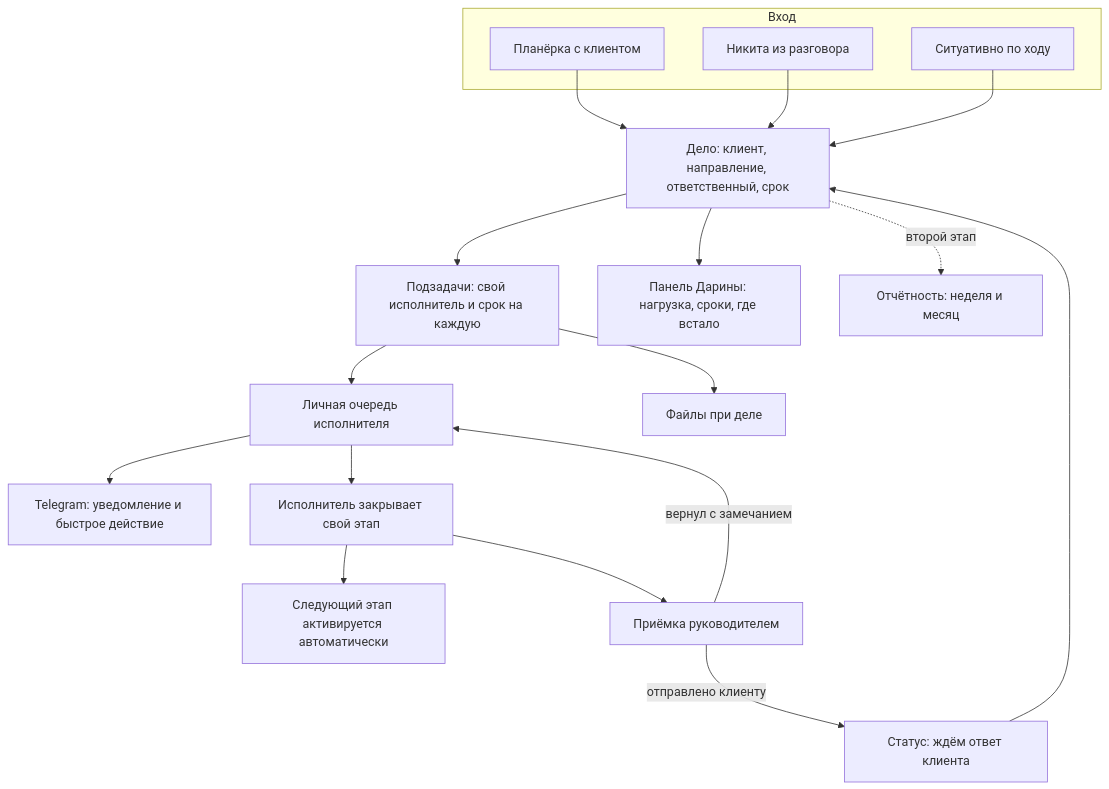
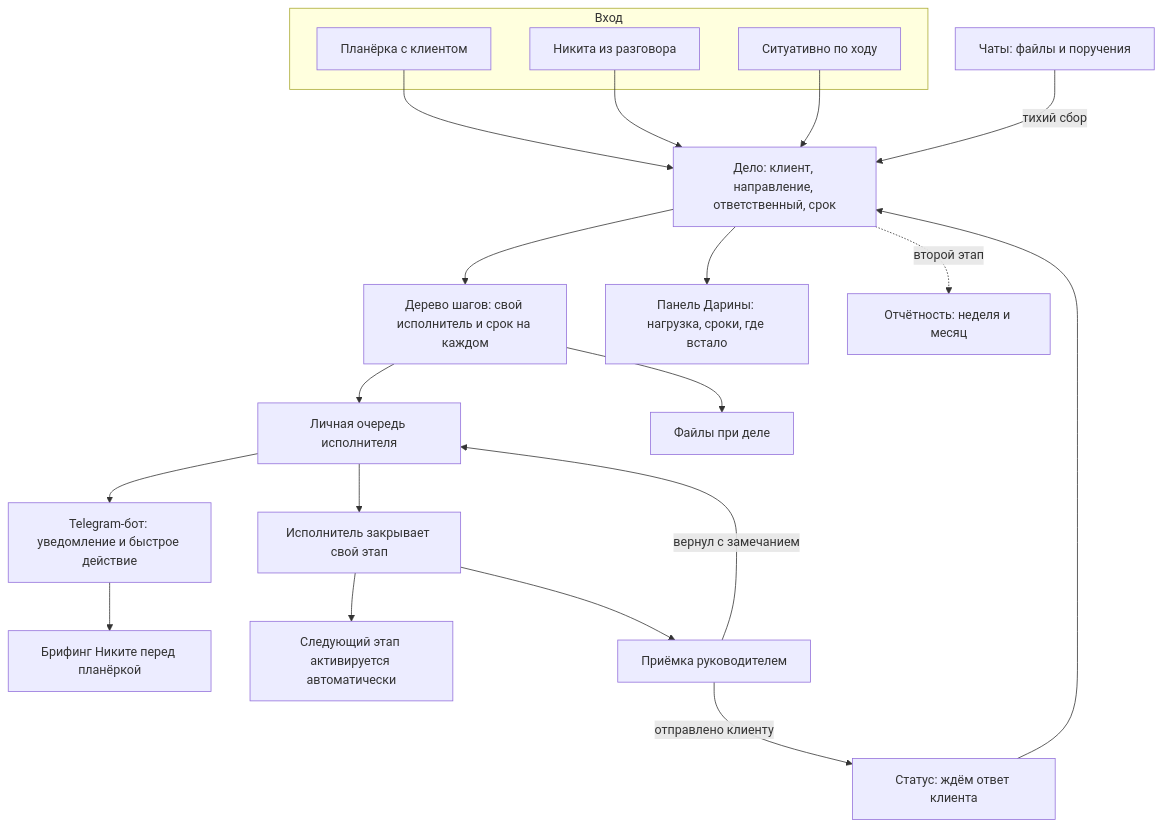
Before and after one commit to maxshlykov24-creator/msp: the diagram in 2. БИЗНЕС/04_Производство/Лиды/HIDE/02_Знание/TO-BE.md, drawn with Mermaid. The commit also changed other lines of this file and 4 other files, not shown here.

````diff
--- a/2. БИЗНЕС/04_Производство/Лиды/HIDE/02_Знание/TO-BE.md
+++ b/2. БИЗНЕС/04_Производство/Лиды/HIDE/02_Знание/TO-BE.md
@@ -20,26 +20,28 @@
 ```mermaid
 flowchart TD
   subgraph vhod ["Вход"]
     Planerka["Планёрка с клиентом"]
     NikitaIn["Никита из разговора"]
     Situational["Ситуативно по ходу"]
   end
 
   Planerka --> Delo["Дело: клиент, направление, ответственный, срок"]
   NikitaIn --> Delo
   Situational --> Delo
 
-  Delo --> Steps["Подзадачи: свой исполнитель и срок на каждую"]
+  Delo --> Steps["Дерево шагов: свой исполнитель и срок на каждом"]
   Steps --> Queue["Личная очередь исполнителя"]
-  Queue --> TG["Telegram: уведомление и быстрое действие"]
+  Queue --> TG["Telegram-бот: уведомление и быстрое действие"]
+  Chats["Чаты: файлы и поручения"] -->|"тихий сбор"| Delo
+  TG --> Brief["Брифинг Никите перед планёркой"]
   Queue --> Done["Исполнитель закрывает свой этап"]
   Done --> NextStep["Следующий этап активируется автоматически"]
   Done --> Priem["Приёмка руководителем"]
   Priem -->|"вернул с замечанием"| Queue
   Priem -->|"отправлено клиенту"| WaitClient["Статус: ждём ответ клиента"]
   WaitClient --> Delo
 
   Delo --> Panel["Панель Дарины: нагрузка, сроки, где встало"]
   Steps --> Files["Файлы при деле"]
   Delo -.->|"второй этап"| Report["Отчётность: неделя и месяц"]
 ```
````
